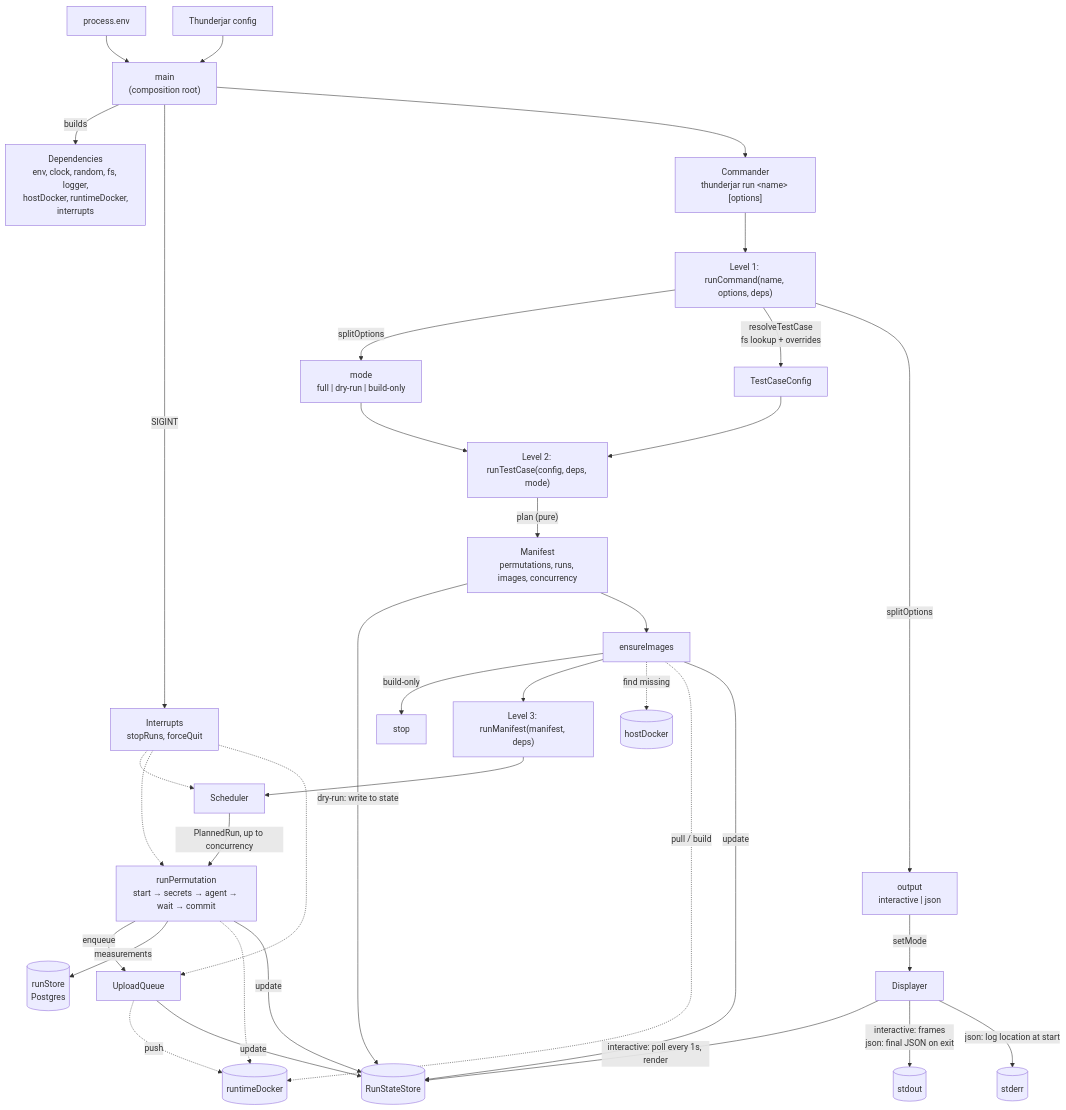
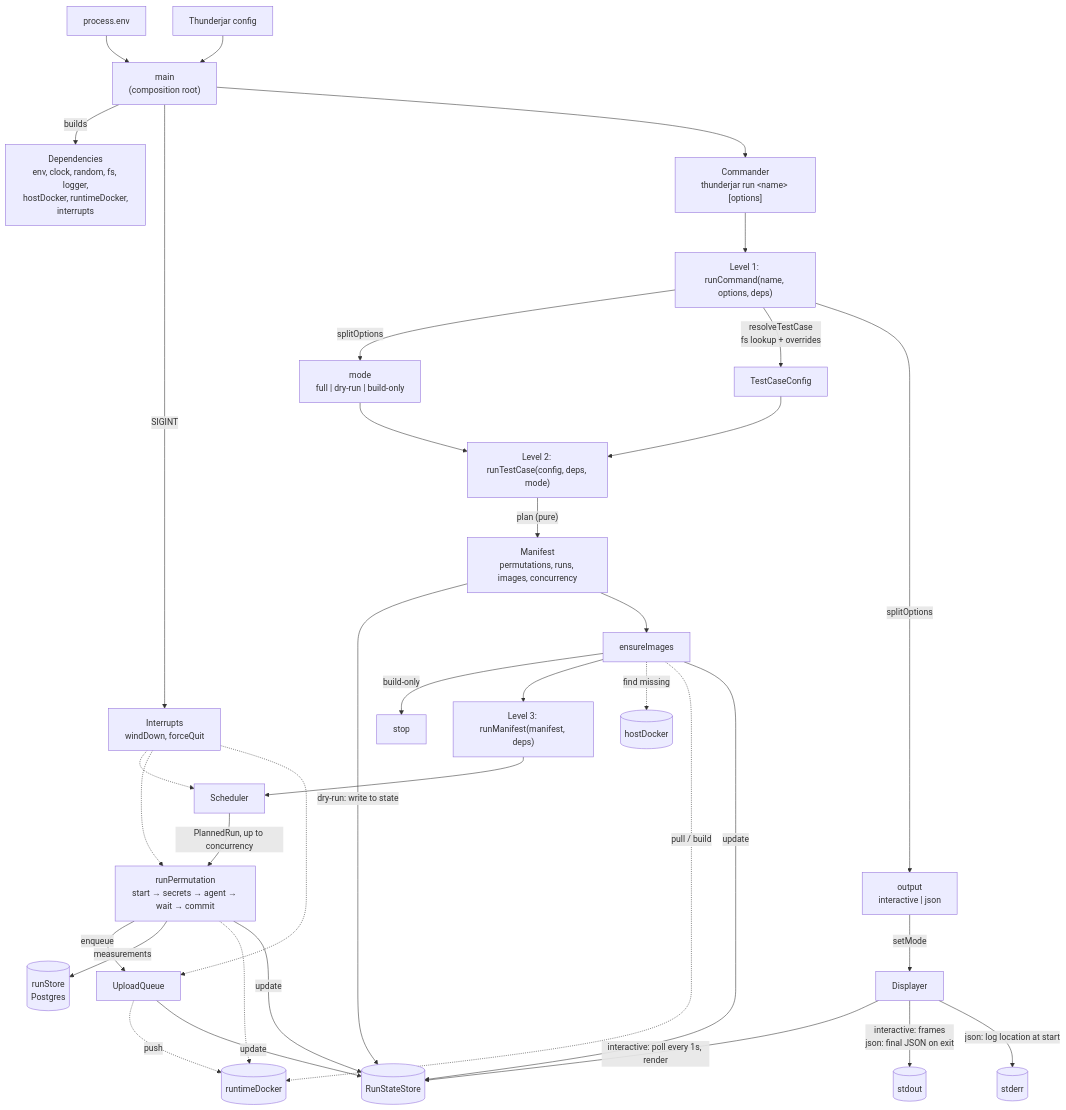
One commit to dwjohnston/thunderjar changed the first of 3 diagrams in project-md/human-safe-space/refactor-work/architecture-plan.md. Above: the diagram before and after it, drawn with Mermaid. The commit also changed other lines of this file, not shown here.

First line of the commit message:
📝 Architecture plan: rename stopRuns to windDown, and note Interrupts is for any long-running command

````diff
--- a/project-md/human-safe-space/refactor-work/architecture-plan.md
+++ b/project-md/human-safe-space/refactor-work/architecture-plan.md
@@ -7,42 +7,42 @@
 ```mermaid
 flowchart TD
   env["process.env"] --> main
   tjconfig["Thunderjar config"] --> main
   main["main<br/>(composition root)"] -->|"builds"| deps["Dependencies<br/>env, clock, random, fs, logger,<br/>hostDocker, runtimeDocker,<br/>interrupts"]
-  main -->|"SIGINT"| intr["Interrupts<br/>stopRuns, forceQuit"]
+  main -->|"SIGINT"| intr["Interrupts<br/>windDown, forceQuit"]
   intr -.-> sched
   intr -.-> perm
   intr -.-> uq
   main --> cli["Commander<br/>thunderjar run &lt;name&gt; [options]"]
 
   cli --> L1["Level 1: runCommand(name, options, deps)"]
   L1 -->|"splitOptions"| mode["mode<br/>full | dry-run | build-only"]
   L1 -->|"resolveTestCase<br/>fs lookup + overrides"| cfg["TestCaseConfig"]
 
   cfg --> L2["Level 2: runTestCase(config, deps, mode)"]
   mode --> L2
   L2 -->|"plan (pure)"| manifest["Manifest<br/>permutations, runs, images, concurrency"]
   manifest -->|"dry-run: write to state"| state
   manifest --> ensure["ensureImages"]
   ensure -->|"build-only"| stop["stop"]
   ensure --> L3["Level 3: runManifest(manifest, deps)"]
 
   L3 --> sched["Scheduler"]
   sched -->|"PlannedRun, up to concurrency"| perm["runPermutation<br/>start → secrets → agent → wait → commit"]
   perm -->|"enqueue"| uq["UploadQueue"]
   perm -->|"measurements"| runstore[("runStore<br/>Postgres")]
 
   ensure -. "find missing" .-> host[("hostDocker")]
   ensure -. "pull / build" .-> rt[("runtimeDocker")]
   perm -.-> rt
   uq -. "push" .-> rt
 
   L1 -->|"splitOptions"| output["output<br/>interactive | json"]
   output -->|"setMode"| disp["Displayer"]
   ensure -->|"update"| state[("RunStateStore")]
   perm -->|"update"| state
   uq -->|"update"| state
   disp -->|"interactive: poll every 1s, render"| state
   disp -->|"interactive: frames<br/>json: final JSON on exit"| stdout[("stdout")]
   disp -->|"json: log location at start"| stderr[("stderr")]
 ```
````
